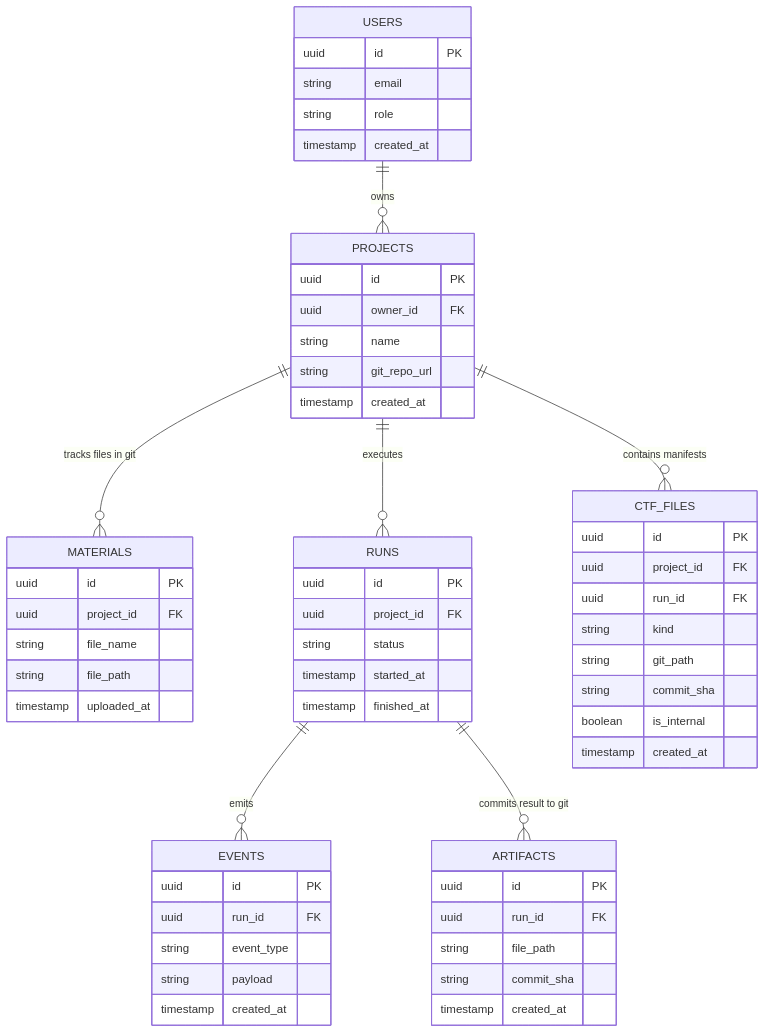
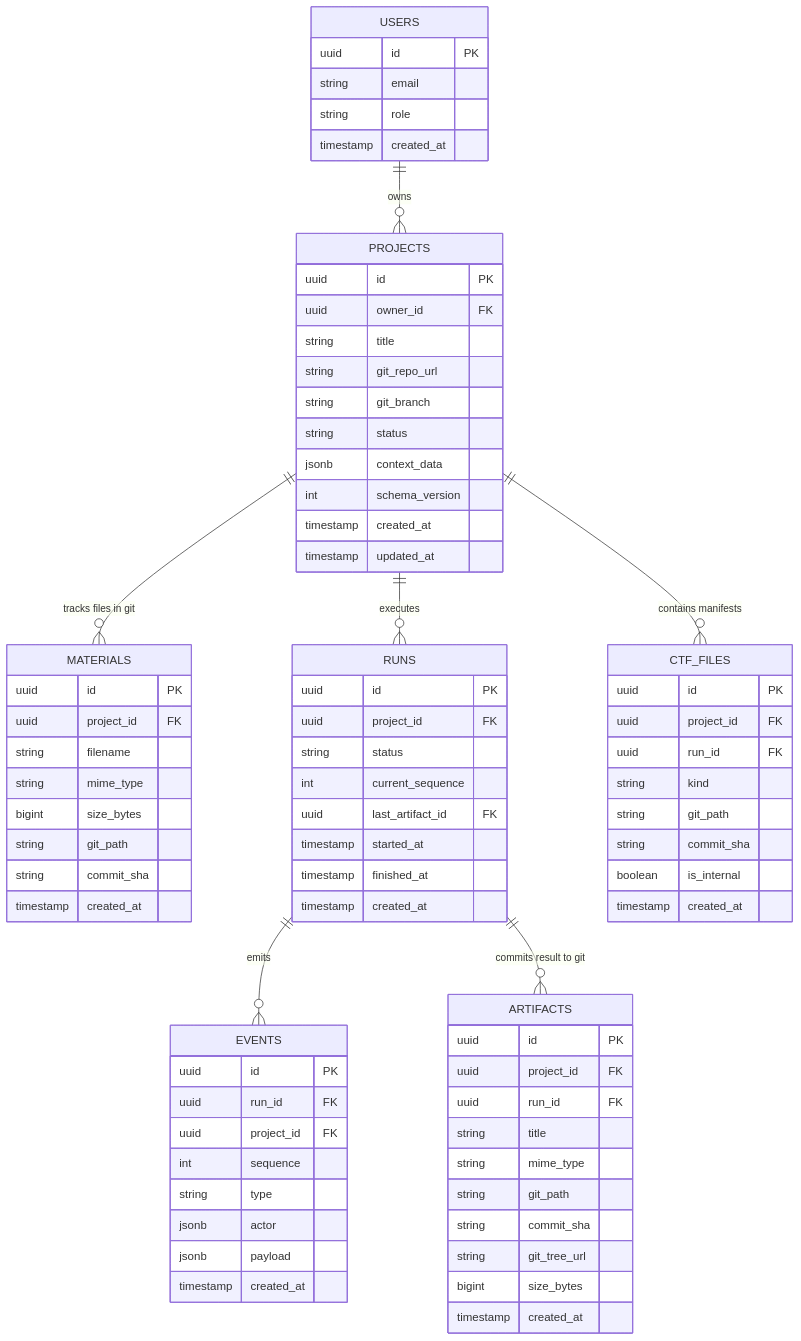
Before and after one commit to KolbasnyaAr/-: the second of 3 diagrams in docs/adr/ADR-001-storage.md, drawn with Mermaid. The commit also changed other lines of this file, not shown here.

````diff
--- a/docs/adr/ADR-001-storage.md
+++ b/docs/adr/ADR-001-storage.md
@@ -68,17 +153,60 @@
     PROJECTS {
         uuid id PK
         uuid owner_id FK
-        string name
+        string title
         string git_repo_url
+        string git_branch
+        string status
+        jsonb context_data
+        int schema_version
         timestamp created_at
+        timestamp updated_at
     }
 
     MATERIALS {
         uuid id PK
         uuid project_id FK
-        string file_name
-        string file_path
-        timestamp uploaded_at
+        string filename
+        string mime_type
+        bigint size_bytes
+        string git_path
+        string commit_sha
+        timestamp created_at
+    }
+
+    RUNS {
+        uuid id PK
+        uuid project_id FK
+        string status
+        int current_sequence
+        uuid last_artifact_id FK
+        timestamp started_at
+        timestamp finished_at
+        timestamp created_at
+    }
+
+    EVENTS {
+        uuid id PK
+        uuid run_id FK
+        uuid project_id FK
+        int sequence
+        string type
+        jsonb actor
+        jsonb payload
+        timestamp created_at
+    }
+
+    ARTIFACTS {
+        uuid id PK
+        uuid project_id FK
+        uuid run_id FK
+        string title
+        string mime_type
+        string git_path
+        string commit_sha
+        string git_tree_url
+        bigint size_bytes
+        timestamp created_at
     }
 
     CTF_FILES {
@@ -91,28 +219,4 @@
         boolean is_internal
         timestamp created_at
     }
-
-    RUNS {
-        uuid id PK
-        uuid project_id FK
-        string status
-        timestamp started_at
-        timestamp finished_at
-    }
-
-    EVENTS {
-        uuid id PK
-        uuid run_id FK
-        string event_type
-        string payload
-        timestamp created_at
-    }
-
-    ARTIFACTS {
-        uuid id PK
-        uuid run_id FK
-        string file_path
-        string commit_sha
-        timestamp created_at
-    }
 ```
````
